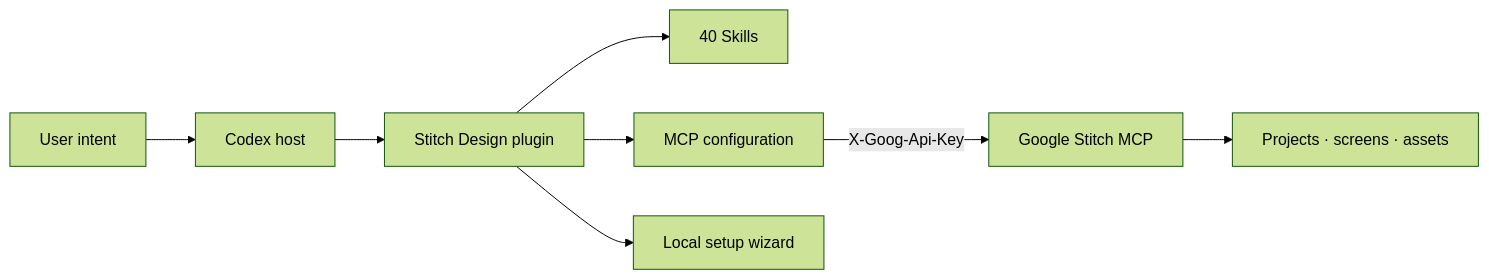
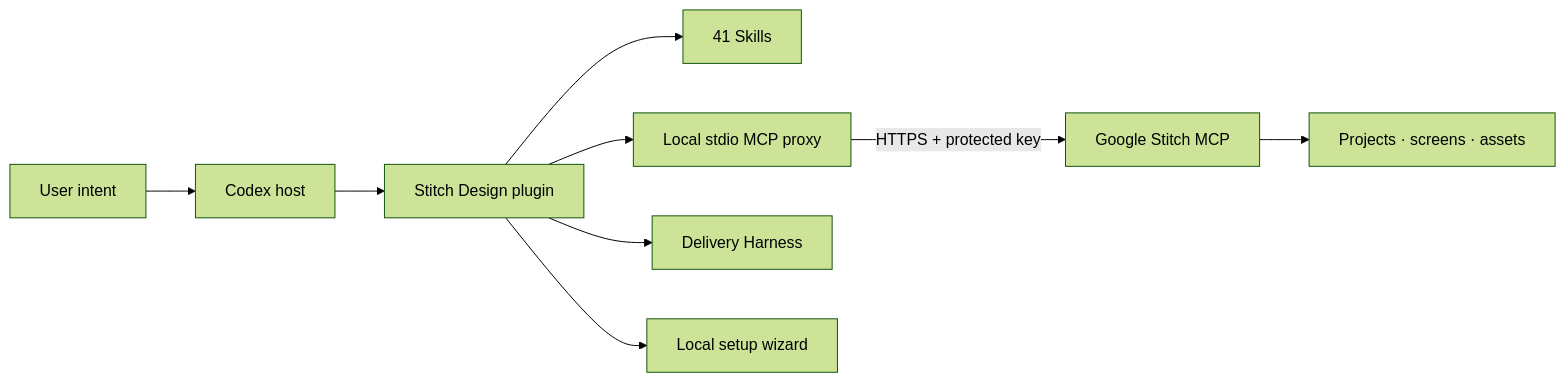
Before and after one commit to full-stack-plugins/stitch-design-plugin: the first of 11 diagrams in docs/Stitch-Design-Architecture.md, drawn with Mermaid (forest theme). The commit also changed other lines of this file and 9 other files, not shown here.

Commit message:
docs: describe the verified Stitch delivery harness

````diff
--- a/docs/Stitch-Design-Architecture.md
+++ b/docs/Stitch-Design-Architecture.md
@@ -13,10 +13,11 @@
 ```mermaid
 flowchart LR
     U["User intent"] --> C["Codex host"]
     C --> P["Stitch Design plugin"]
-    P --> S["40 Skills"]
-    P --> M["MCP configuration"]
+    P --> S["41 Skills"]
+    P --> M["Local stdio MCP proxy"]
+    P --> H["Delivery Harness"]
     P --> W["Local setup wizard"]
-    M -->|"X-Goog-Api-Key"| G["Google Stitch MCP"]
+    M -->|"HTTPS + protected key"| G["Google Stitch MCP"]
     G --> D["Projects · screens · assets"]
 ```
````
